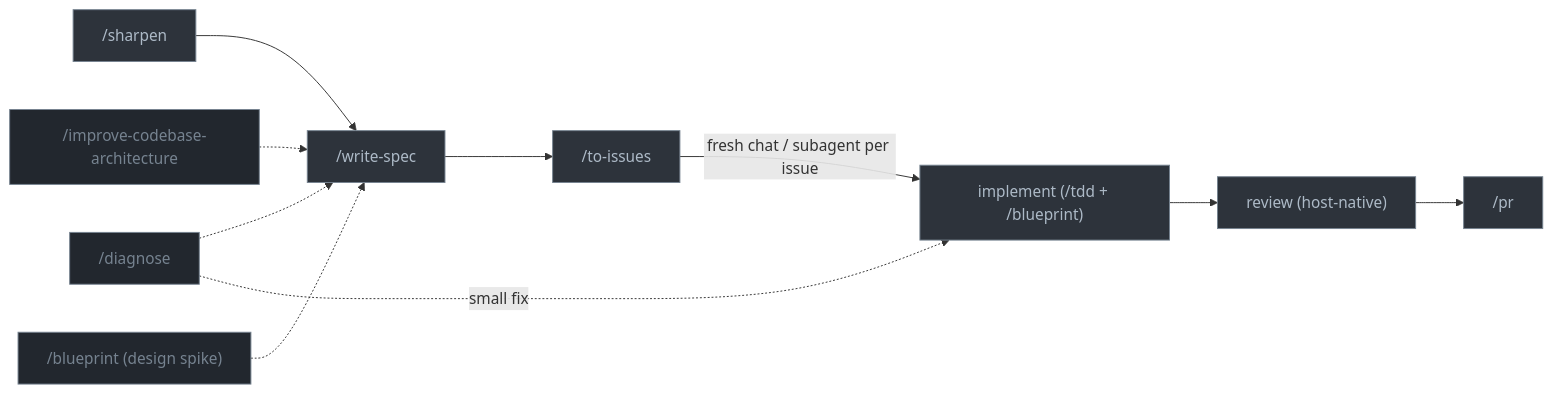
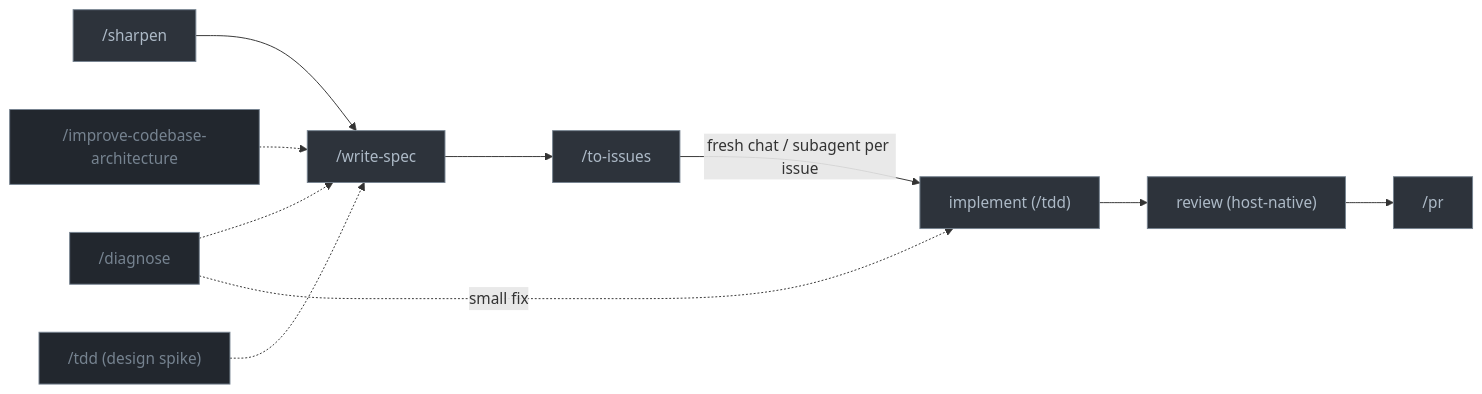
Before and after one commit to kpeez/agent-toolbox: the diagram in README.md, drawn with Mermaid. The commit also changed other lines of this file and 24 other files, not shown here.

First line of the commit message:
Consolidate blueprint and documentation skills into tdd (#38)

````diff
--- a/README.md
+++ b/README.md
@@ -140,22 +139,22 @@
 ```mermaid
 graph LR
   G["/sharpen"] --> A["/write-spec"]
   X["/diagnose"] -.-> A
   Y["/improve-codebase-architecture"] -.-> A
   A --> I["/to-issues"]
-  I -->|"fresh chat / subagent per issue"| B["implement (/tdd + /blueprint)"]
+  I -->|"fresh chat / subagent per issue"| B["implement (/tdd)"]
   B --> C["review (host-native)"]
   C --> D["/pr"]
   X -.->|"small fix"| B
-  P["/blueprint (design spike)"] -.-> A
+  P["/tdd (design spike)"] -.-> A
 
 style G fill:#2d333b,stroke:#768390,color:#adbac7
 style A fill:#2d333b,stroke:#768390,color:#adbac7
 style I fill:#2d333b,stroke:#768390,color:#adbac7
 style B fill:#2d333b,stroke:#768390,color:#adbac7
 style C fill:#2d333b,stroke:#768390,color:#adbac7
 style D fill:#2d333b,stroke:#768390,color:#adbac7
 style X fill:#22272e,stroke:#768390,color:#768390
 style Y fill:#22272e,stroke:#768390,color:#768390
 style P fill:#22272e,stroke:#768390,color:#768390
 ```
````
